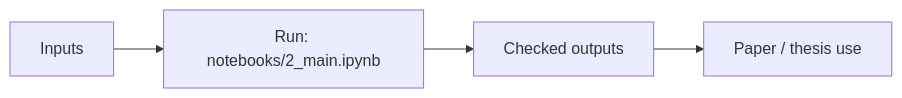
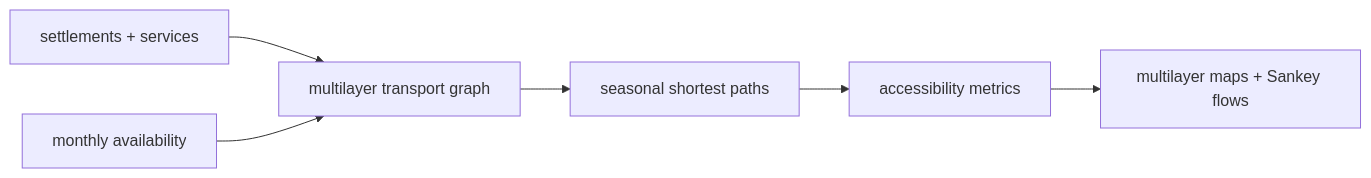
Before and after one commit to GeorgeKontsevik/season_framed_multilayer_arctic_network_model_disser: the diagram in README.md, drawn with Mermaid. The commit also changed other lines of this file, not shown here.

Commit message:
Improve README diagrams and project descriptions

````diff
--- a/README.md
+++ b/README.md
@@ -7,6 +7,8 @@
 ```mermaid
 flowchart LR
-    A[Inputs] --> B[Run: notebooks/2_main.ipynb]
-    B --> C[Checked outputs]
-    C --> D[Paper / thesis use]
+    SETT[settlements + services] --> NET[multilayer transport graph]
+    SEASON[monthly availability] --> NET
+    NET --> ROUTE[seasonal shortest paths]
+    ROUTE --> METRICS[accessibility metrics]
+    METRICS --> MAPS[multilayer maps + Sankey flows]
 ```
````
